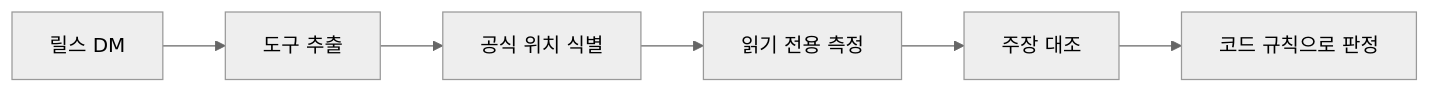
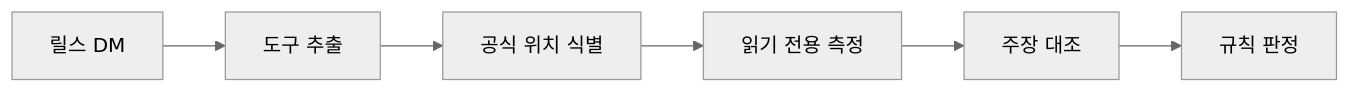
The diagram in README.md (KimHands/KimHands), drawn with Mermaid (neutral theme) before and after one commit. The commit also changed other lines of this file and 1 other file, not shown here.

Commit message:
docs: 프로필의 sch-meet 링크와 흐름도 라벨 수정

````diff
--- a/README.md
+++ b/README.md
@@ -40,8 +40,8 @@
 ```mermaid
 flowchart LR
     A[릴스 DM] --> B[도구 추출]
     B --> C[공식 위치 식별]
     C --> D[읽기 전용 측정]
     D --> E[주장 대조]
-    E --> F[코드 규칙으로 판정]
+    E --> F[규칙 판정]
 ```
````
